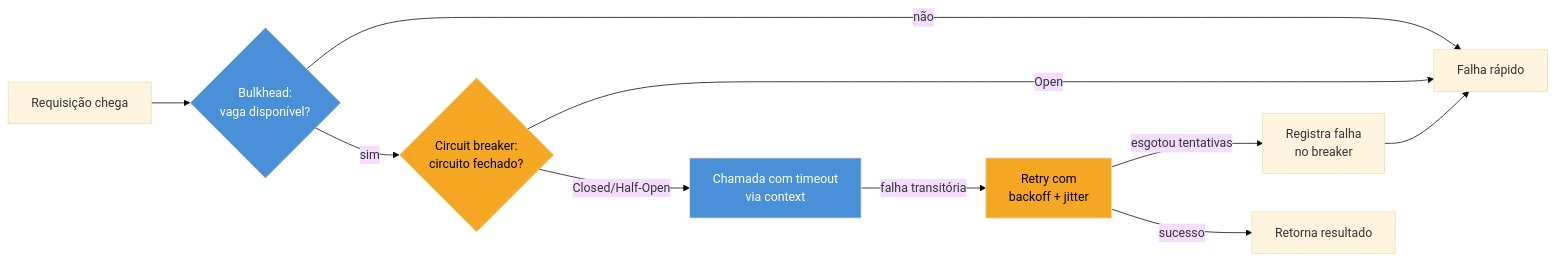
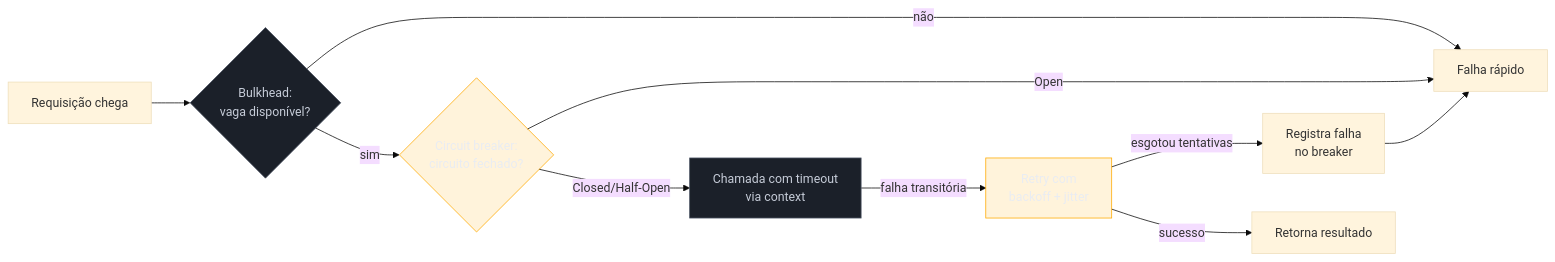
The third of 3 diagrams in 03-Dominios/Tecnologia/Go/14 - Microservices e arquitetura/06 - Resiliência — circuit breaker, retry, timeout.md (josenaldo/codex-technomanticus), drawn with Mermaid (base theme) before and after one commit. The commit also changed 1181 other files, not shown here.

First line of the commit message:
fix(diagramas): paleta do sistema no lugar de cor cravada no markdown

````diff
--- a/03-Dominios/Tecnologia/Go/14 - Microservices e arquitetura/06 - Resiliência — circuit breaker, retry, timeout.md
+++ b/03-Dominios/Tecnologia/Go/14 - Microservices e arquitetura/06 - Resiliência — circuit breaker, retry, timeout.md
@@ -278,17 +278,19 @@
 ```mermaid
 flowchart LR
+    classDef neutro fill:#1B2029,stroke:#4E5666,color:#C6CCD8
+    classDef destaque fill:#FFAA0024,stroke:#FFAA00,color:#E9ECF2
     A["Requisição chega"] --> B{"Bulkhead:\nvaga disponível?"}
     B -- não --> R["Falha rápido"]
     B -- sim --> C{"Circuit breaker:\ncircuito fechado?"}
     C -- Open --> R
     C -- Closed/Half-Open --> D["Chamada com timeout\nvia context"]
     D -- falha transitória --> E["Retry com\nbackoff + jitter"]
     E -- esgotou tentativas --> F["Registra falha\nno breaker"]
     E -- sucesso --> G["Retorna resultado"]
     F --> R
 
-    style B fill:#4A90D9,color:#fff
-    style C fill:#F5A623,color:#000
-    style D fill:#4A90D9,color:#fff
-    style E fill:#F5A623,color:#000
+    class B neutro
+    class C destaque
+    class D neutro
+    class E destaque
 ```
````
